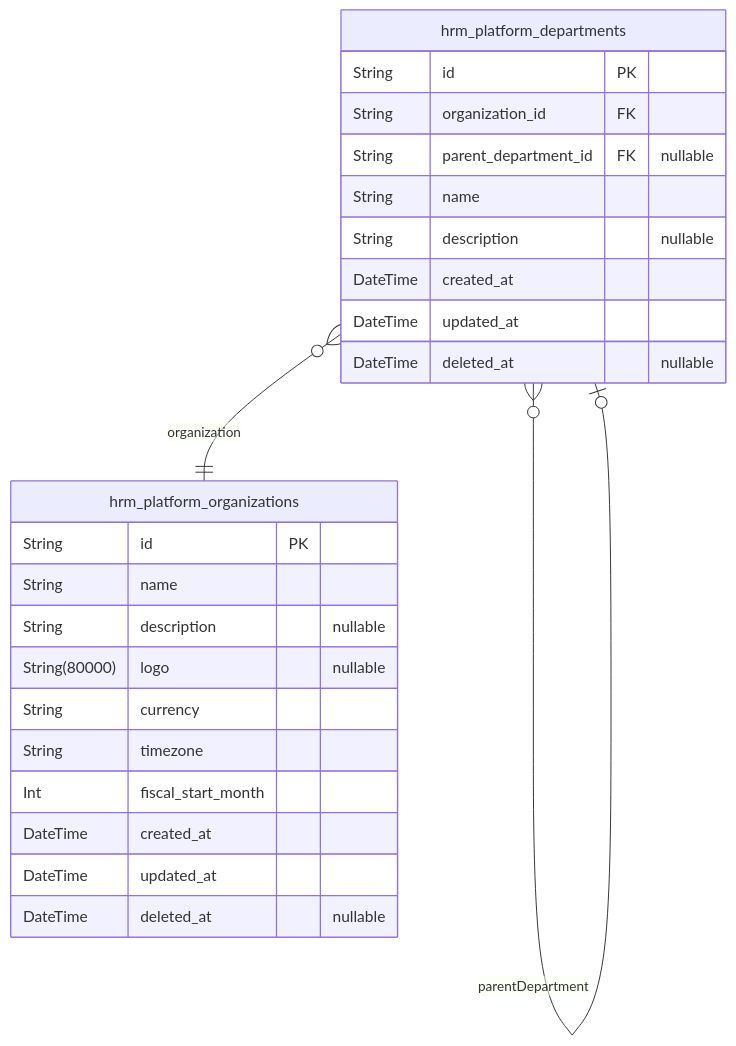
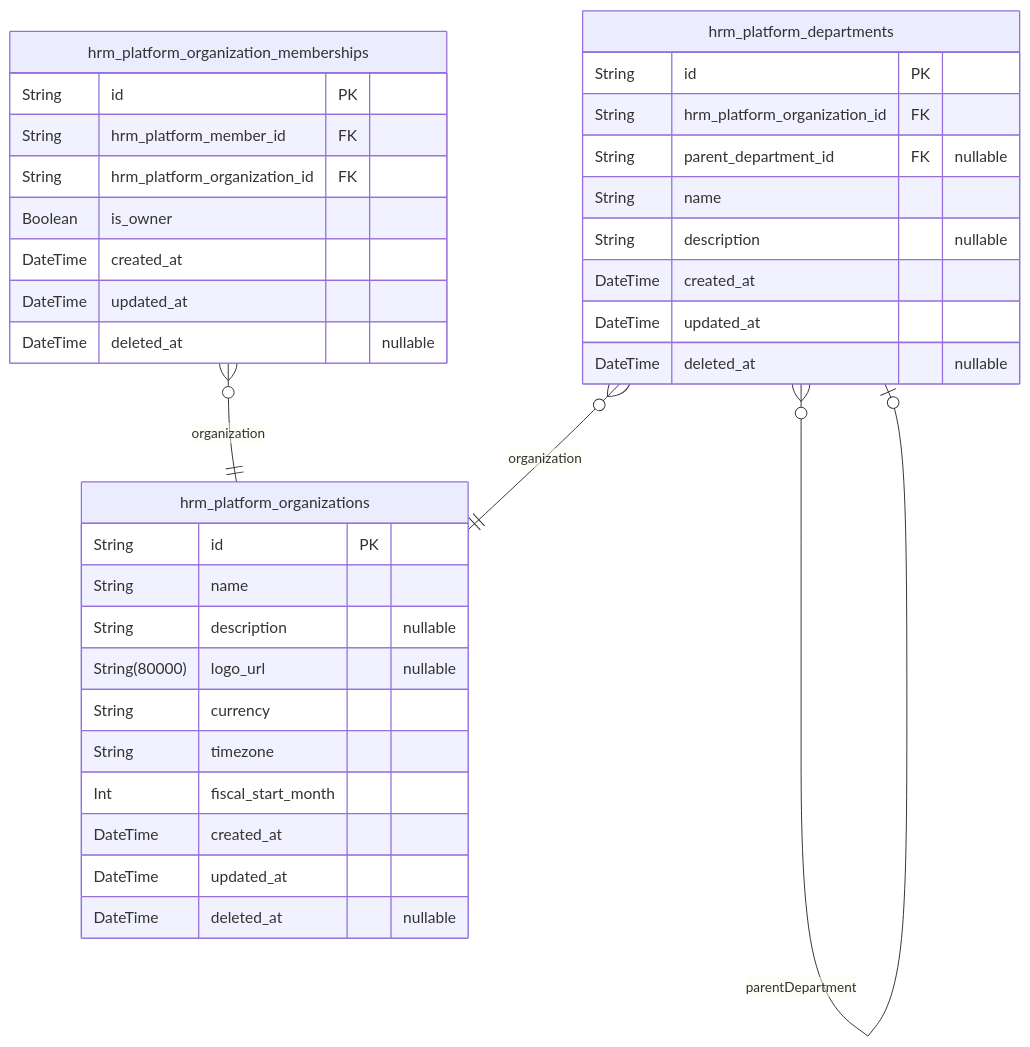
Before and after one commit to wrtnlabs/autobe-examples: the second of 8 diagrams in qwen/qwen3.5-397b-a17b/erp/docs/ERD.md, drawn with Mermaid. The commit also changed other lines of this file and 32093 other files, not shown here.

````diff
--- a/qwen/qwen3.5-397b-a17b/erp/docs/ERD.md
+++ b/qwen/qwen3.5-397b-a17b/erp/docs/ERD.md
@@ -196,27 +361,37 @@
 ```mermaid
 erDiagram
 "hrm_platform_organizations" {
   String id PK
   String name
   String description "nullable"
-  String(80000) logo "nullable"
+  String(80000) logo_url "nullable"
   String currency
   String timezone
   Int fiscal_start_month
   DateTime created_at
   DateTime updated_at
   DateTime deleted_at "nullable"
 }
 "hrm_platform_departments" {
   String id PK
-  String organization_id FK
+  String hrm_platform_organization_id FK
   String parent_department_id FK "nullable"
   String name
   String description "nullable"
   DateTime created_at
   DateTime updated_at
   DateTime deleted_at "nullable"
 }
+"hrm_platform_organization_memberships" {
+  String id PK
+  String hrm_platform_member_id FK
+  String hrm_platform_organization_id FK
+  Boolean is_owner
+  DateTime created_at
+  DateTime updated_at
+  DateTime deleted_at "nullable"
+}
 "hrm_platform_departments" }o--|| "hrm_platform_organizations" : organization
 "hrm_platform_departments" }o--o| "hrm_platform_departments" : parentDepartment
+"hrm_platform_organization_memberships" }o--|| "hrm_platform_organizations" : organization
 ```
````
